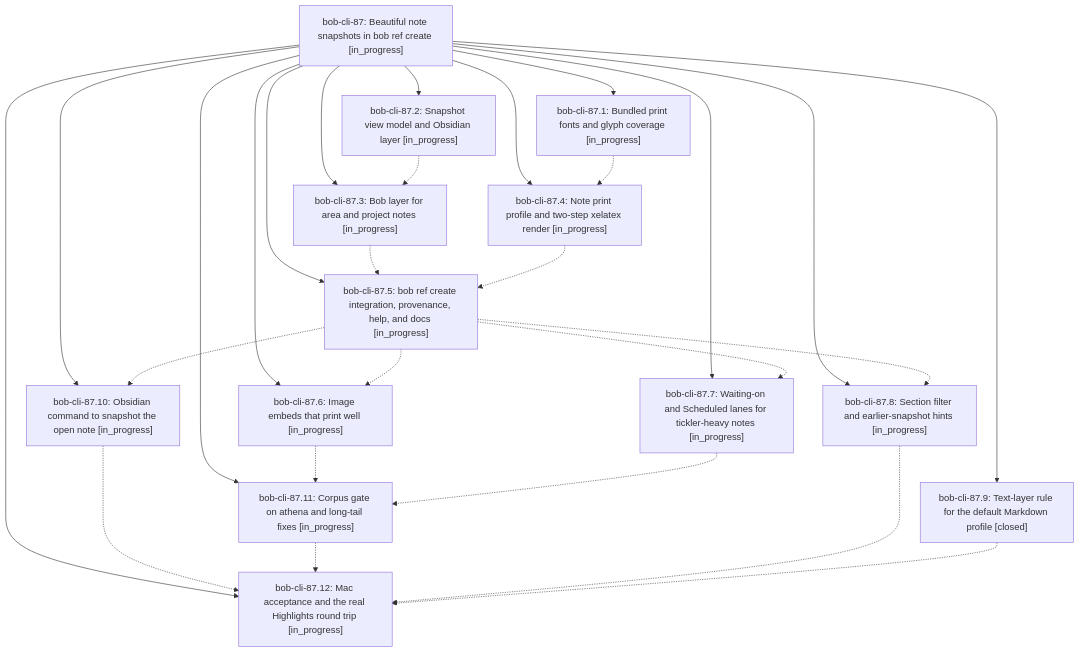
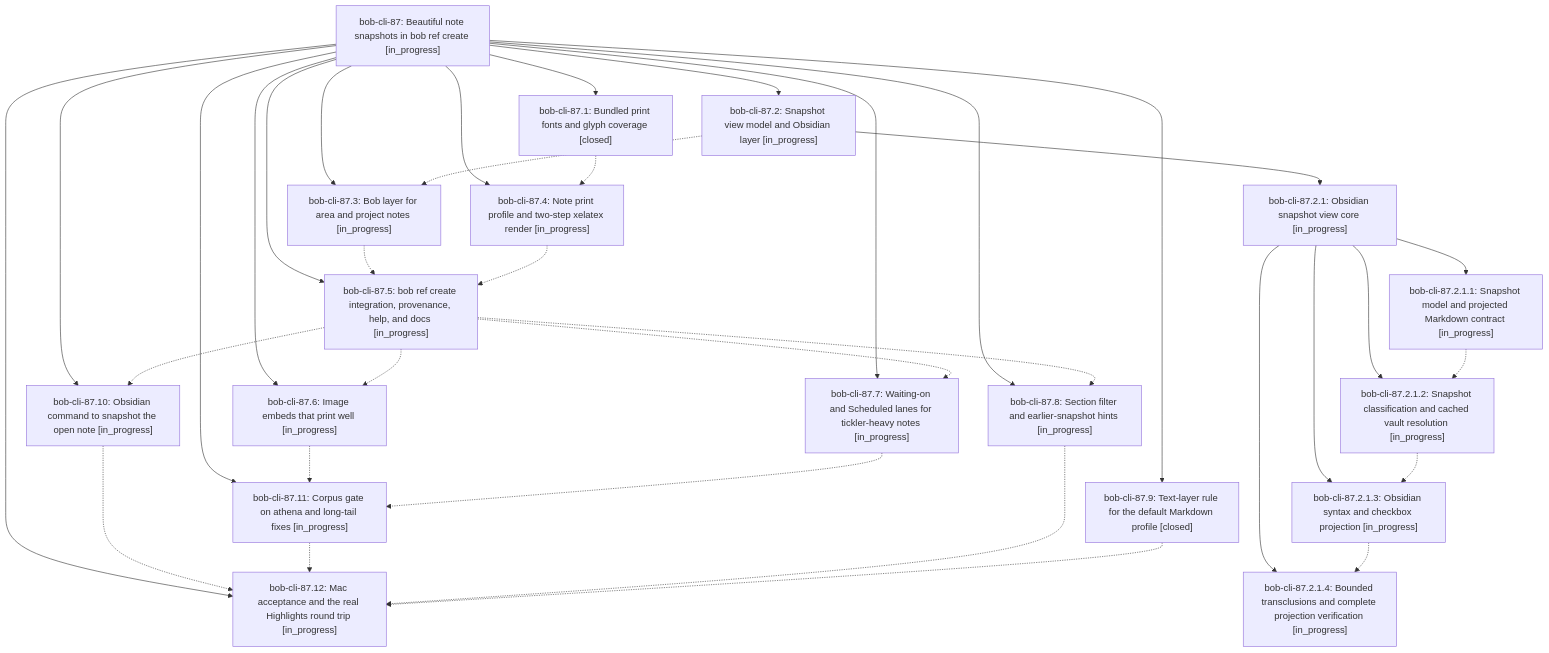
The diagram in pages/bob-cli-87/README.md (bobs-org/bob-cli--beads), drawn with Mermaid before and after one commit. The commit also changed other lines of this file and 9 other files, not shown here.

First line of the commit message:
chore(beads): sync bead state and pages for bob-cli-87

````diff
--- a/pages/bob-cli-87/README.md
+++ b/pages/bob-cli-87/README.md
@@ -33,42 +45,55 @@
 ```mermaid
 flowchart TD
     n0["bob-cli-87: Beautiful note snapshots in bob ref create [in_progress]"]
-    n1["bob-cli-87.1: Bundled print fonts and glyph coverage [in_progress]"]
+    n1["bob-cli-87.1: Bundled print fonts and glyph coverage [closed]"]
     n2["bob-cli-87.10: Obsidian command to snapshot the open note [in_progress]"]
     n3["bob-cli-87.11: Corpus gate on athena and long-tail fixes [in_progress]"]
     n4["bob-cli-87.12: Mac acceptance and the real Highlights round trip [in_progress]"]
     n5["bob-cli-87.2: Snapshot view model and Obsidian layer [in_progress]"]
-    n6["bob-cli-87.3: Bob layer for area and project notes [in_progress]"]
-    n7["bob-cli-87.4: Note print profile and two-step xelatex render [in_progress]"]
-    n8["bob-cli-87.5: bob ref create integration, provenance, help, and docs [in_progress]"]
-    n9["bob-cli-87.6: Image embeds that print well [in_progress]"]
-    n10["bob-cli-87.7: Waiting-on and Scheduled lanes for tickler-heavy notes [in_progress]"]
-    n11["bob-cli-87.8: Section filter and earlier-snapshot hints [in_progress]"]
-    n12["bob-cli-87.9: Text-layer rule for the default Markdown profile [closed]"]
+    n6["bob-cli-87.2.1: Obsidian snapshot view core [in_progress]"]
+    n7["bob-cli-87.2.1.1: Snapshot model and projected Markdown contract [in_progress]"]
+    n8["bob-cli-87.2.1.2: Snapshot classification and cached vault resolution [in_progress]"]
+    n9["bob-cli-87.2.1.3: Obsidian syntax and checkbox projection [in_progress]"]
+    n10["bob-cli-87.2.1.4: Bounded transclusions and complete projection verification [in_progress]"]
+    n11["bob-cli-87.3: Bob layer for area and project notes [in_progress]"]
+    n12["bob-cli-87.4: Note print profile and two-step xelatex render [in_progress]"]
+    n13["bob-cli-87.5: bob ref create integration, provenance, help, and docs [in_progress]"]
+    n14["bob-cli-87.6: Image embeds that print well [in_progress]"]
+    n15["bob-cli-87.7: Waiting-on and Scheduled lanes for tickler-heavy notes [in_progress]"]
+    n16["bob-cli-87.8: Section filter and earlier-snapshot hints [in_progress]"]
+    n17["bob-cli-87.9: Text-layer rule for the default Markdown profile [closed]"]
     n0 --> n1
     n0 --> n2
     n0 --> n3
     n0 --> n4
     n0 --> n5
-    n0 --> n6
-    n0 --> n7
-    n0 --> n8
-    n0 --> n9
-    n0 --> n10
+    n5 --> n6
+    n6 --> n7
+    n6 --> n8
+    n6 --> n9
+    n6 --> n10
     n0 --> n11
     n0 --> n12
-    n1 -.-> n7
+    n0 --> n13
+    n0 --> n14
+    n0 --> n15
+    n0 --> n16
+    n0 --> n17
+    n1 -.-> n12
     n2 -.-> n4
     n3 -.-> n4
-    n5 -.-> n6
-    n6 -.-> n8
+    n5 -.-> n11
     n7 -.-> n8
-    n8 -.-> n2
     n8 -.-> n9
-    n8 -.-> n10
-    n8 -.-> n11
-    n9 -.-> n3
-    n10 -.-> n3
-    n11 -.-> n4
-    n12 -.-> n4
+    n9 -.-> n10
+    n11 -.-> n13
+    n12 -.-> n13
+    n13 -.-> n2
+    n13 -.-> n14
+    n13 -.-> n15
+    n13 -.-> n16
+    n14 -.-> n3
+    n15 -.-> n3
+    n16 -.-> n4
+    n17 -.-> n4
 ```
````
